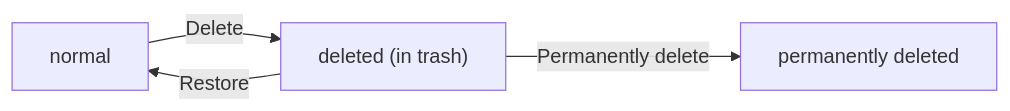
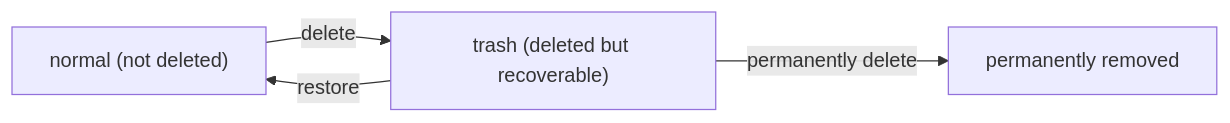
Before and after one commit to wrtnlabs/autobe-examples: the third of 3 diagrams in openai/gpt-5.4-nano/todo/docs/analysis/02-domain-model.md, drawn with Mermaid. The commit also changed other lines of this file and 32093 other files, not shown here.

````diff
--- a/openai/gpt-5.4-nano/todo/docs/analysis/02-domain-model.md
+++ b/openai/gpt-5.4-nano/todo/docs/analysis/02-domain-model.md
@@ -530,6 +565,6 @@
 ```mermaid
 flowchart LR
-    A["normal"] -->|"Delete"| B["deleted (in trash)"]
-    B -->|"Restore"| A
-    B -->|"Permanently delete"| C["permanently deleted"]
+    A["normal (not deleted)"] -->|"delete"| B["trash (deleted but recoverable)"]
+    B -->|"restore"| A
+    B -->|"permanently delete"| C["permanently removed"]
 ```
````
